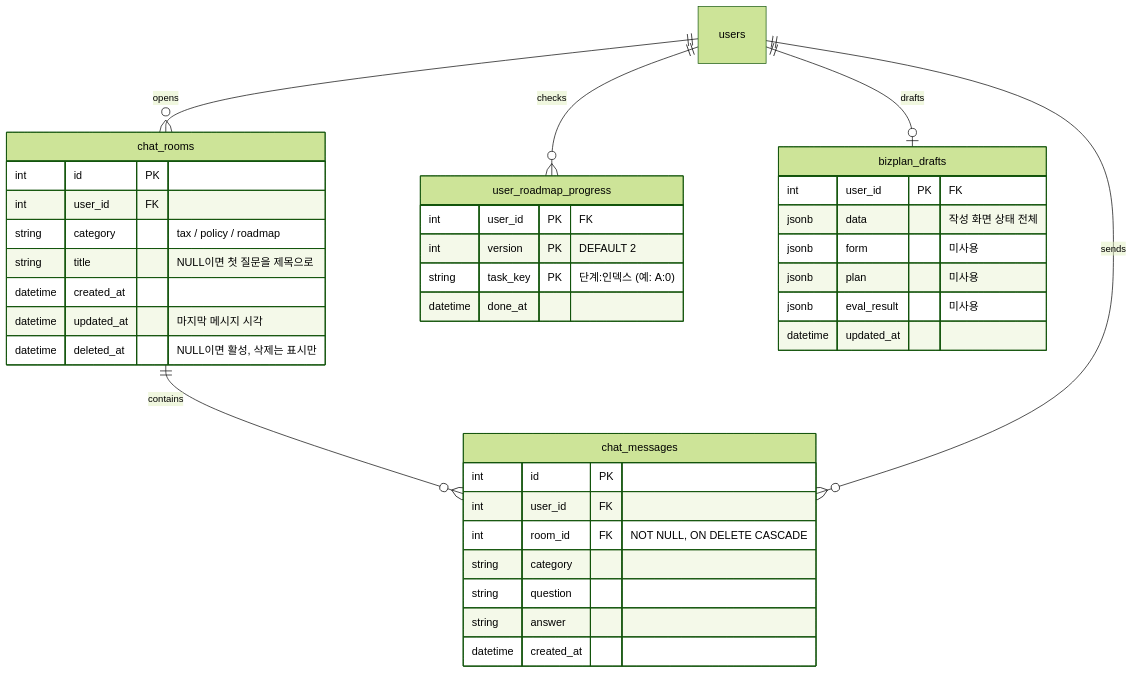
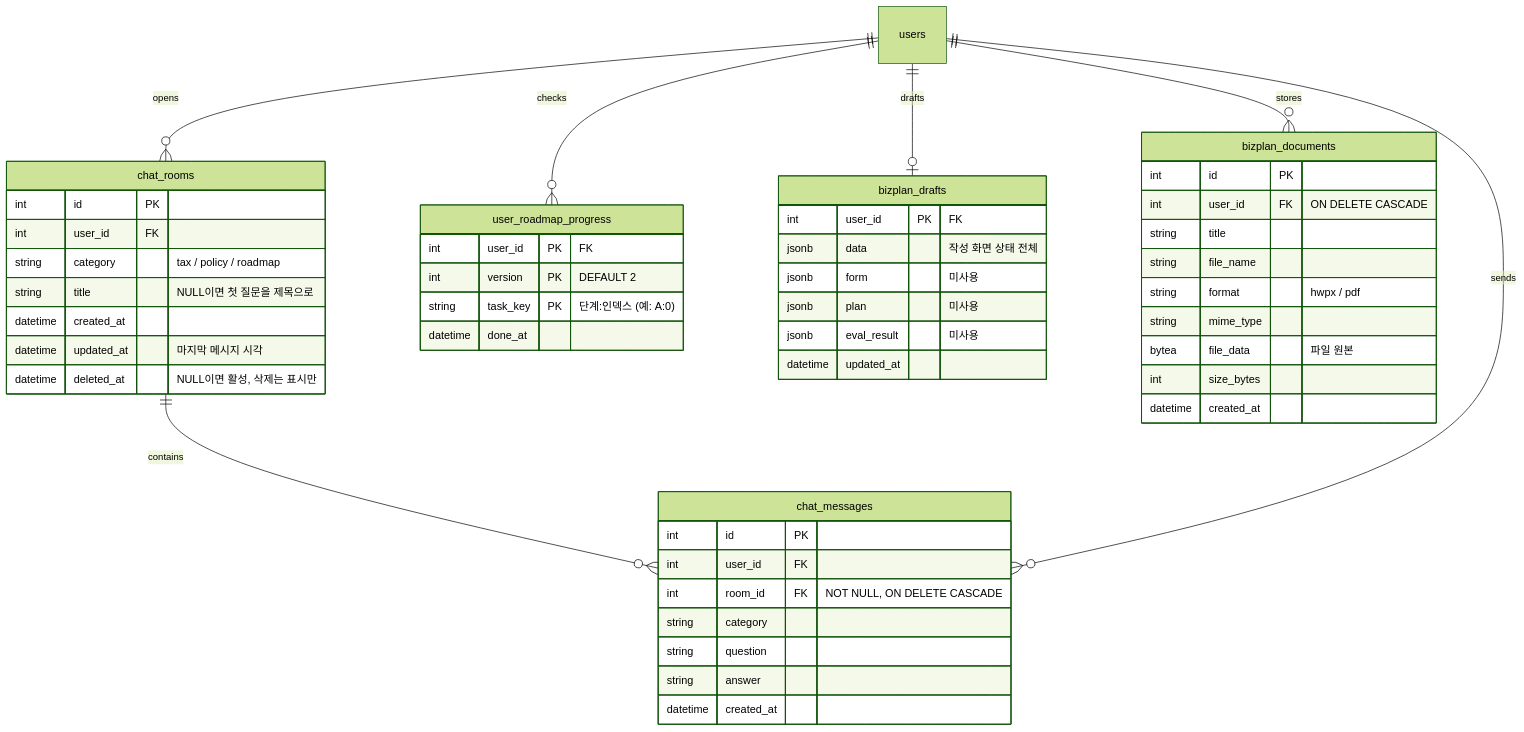
Before and after one commit to SKNETWORKS-FAMILY-AICAMP/SKN34-4th-3Team: the second of 2 diagrams in Docs/Design/ERD.md, drawn with Mermaid (forest theme). The commit also changed other lines of this file and 14 other files, not shown here.

````diff
--- a/Docs/Design/ERD.md
+++ b/Docs/Design/ERD.md
@@ -294,44 +294,57 @@
 ```mermaid
 erDiagram
     users ||--o{ chat_rooms : opens
     chat_rooms ||--o{ chat_messages : contains
     users ||--o{ chat_messages : sends
     users ||--o{ user_roadmap_progress : checks
     users ||--o| bizplan_drafts : drafts
+    users ||--o{ bizplan_documents : stores
 
     chat_rooms {
         int id PK
         int user_id FK
         string category "tax / policy / roadmap"
         string title "NULL이면 첫 질문을 제목으로"
         datetime created_at
         datetime updated_at "마지막 메시지 시각"
         datetime deleted_at "NULL이면 활성, 삭제는 표시만"
     }
 
     chat_messages {
         int id PK
         int user_id FK
         int room_id FK "NOT NULL, ON DELETE CASCADE"
         string category
         string question
         string answer
         datetime created_at
     }
 
     user_roadmap_progress {
         int user_id PK "FK"
         int version PK "DEFAULT 2"
         string task_key PK "단계:인덱스 (예: A:0)"
         datetime done_at
     }
 
     bizplan_drafts {
         int user_id PK "FK"
         jsonb data "작성 화면 상태 전체"
         jsonb form "미사용"
         jsonb plan "미사용"
         jsonb eval_result "미사용"
         datetime updated_at
     }
+
+    bizplan_documents {
+        int id PK
+        int user_id FK "ON DELETE CASCADE"
+        string title
+        string file_name
+        string format "hwpx / pdf"
+        string mime_type
+        bytea file_data "파일 원본"
+        int size_bytes
+        datetime created_at
+    }
 ```
````
